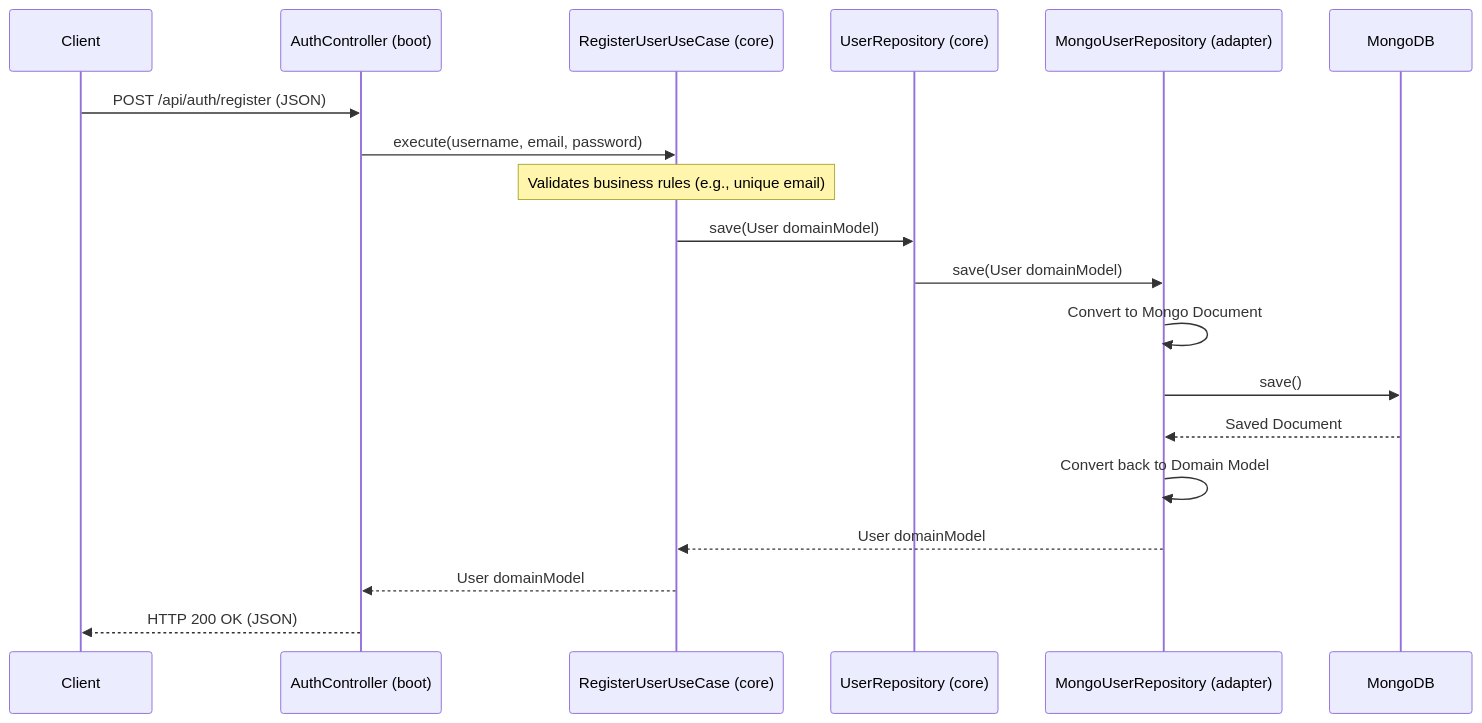
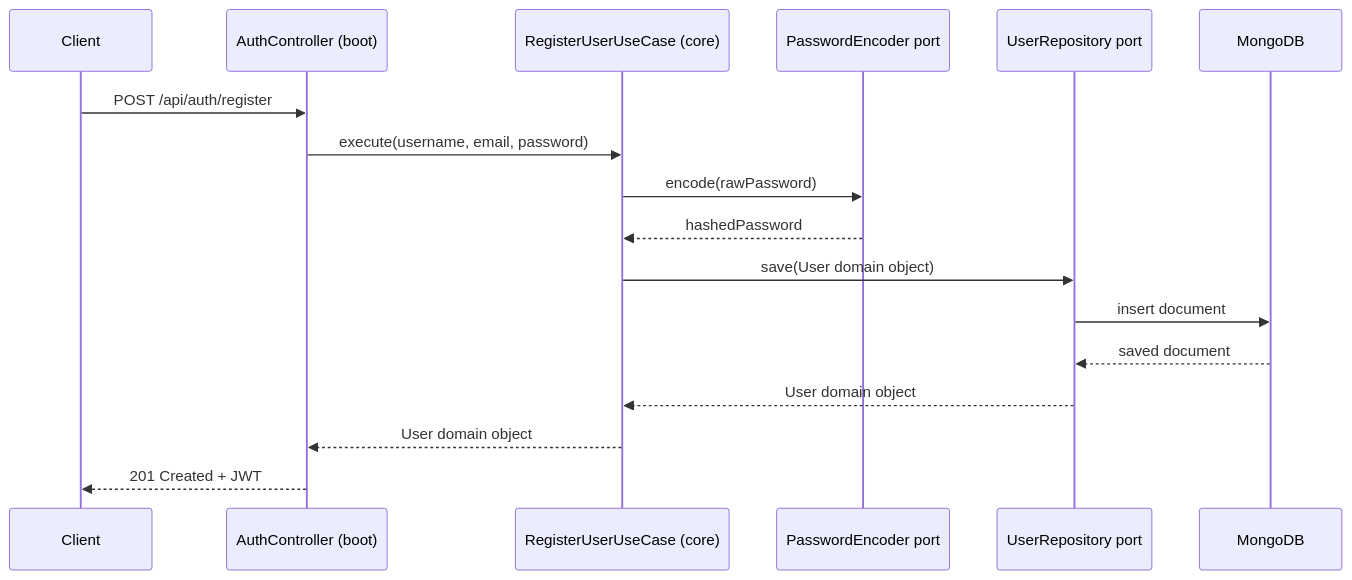
One commit to 044720182/neurixa changed the diagram in done/ARCHITECTURE.md. Above: the diagram before and after it, drawn with Mermaid. The commit also changed other lines of this file and 18 other files, not shown here.

````diff
--- a/done/ARCHITECTURE.md
+++ b/done/ARCHITECTURE.md
@@ -159,22 +148,20 @@
 ```mermaid
 sequenceDiagram
     participant Client
     participant Controller as AuthController (boot)
     participant UseCase as RegisterUserUseCase (core)
-    participant Port as UserRepository (core)
-    participant Adapter as MongoUserRepository (adapter)
+    participant Encoder as PasswordEncoder port
+    participant Repo as UserRepository port
     participant DB as MongoDB
 
-    Client->>Controller: POST /api/auth/register (JSON)
+    Client->>Controller: POST /api/auth/register
     Controller->>UseCase: execute(username, email, password)
-    Note over UseCase: Validates business rules (e.g., unique email)
-    UseCase->>Port: save(User domainModel)
-    Port->>Adapter: save(User domainModel)
-    Adapter->>Adapter: Convert to Mongo Document
-    Adapter->>DB: save()
-    DB-->>Adapter: Saved Document
-    Adapter->>Adapter: Convert back to Domain Model
-    Adapter-->>UseCase: User domainModel
-    UseCase-->>Controller: User domainModel
-    Controller-->>Client: HTTP 200 OK (JSON)
+    UseCase->>Encoder: encode(rawPassword)
+    Encoder-->>UseCase: hashedPassword
+    UseCase->>Repo: save(User domain object)
+    Repo->>DB: insert document
+    DB-->>Repo: saved document
+    Repo-->>UseCase: User domain object
+    UseCase-->>Controller: User domain object
+    Controller-->>Client: 201 Created + JWT
 ```
````
